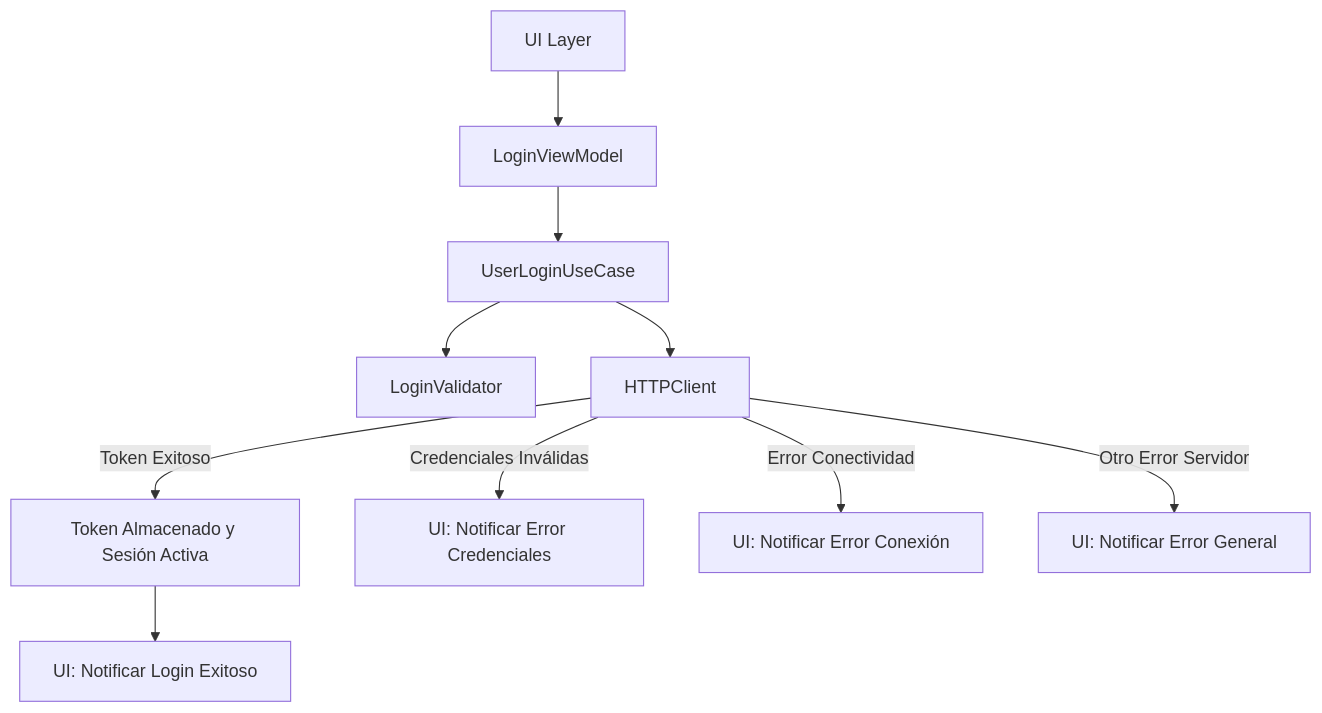
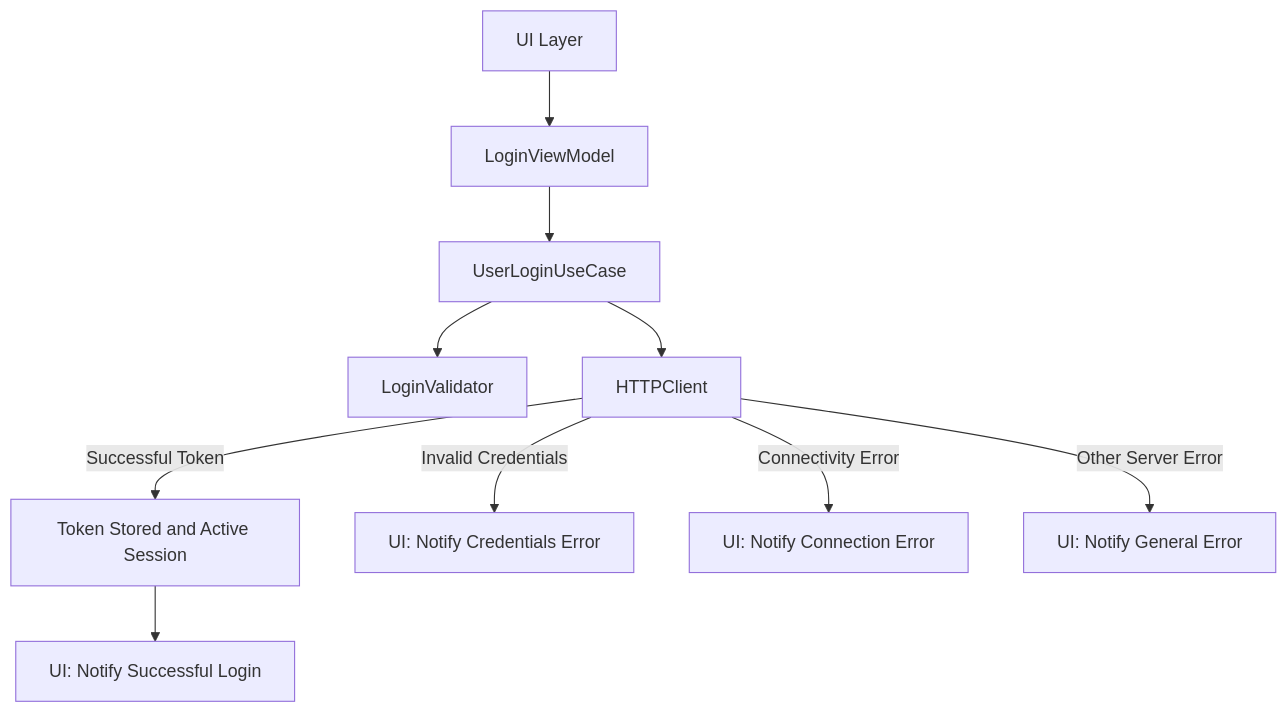
Before and after one commit to SwiftEnProfundidad/essential-feed-case-Auth: the third of 11 diagrams in docs/BDD-Security-Features.md, drawn with Mermaid. The commit also changed other lines of this file and 169 other files, not shown here.

````diff
--- a/docs/BDD-Security-Features.md
+++ b/docs/BDD-Security-Features.md
@@ -386,15 +389,15 @@
 ```mermaid
 flowchart TD
     A[UI Layer] --> B[LoginViewModel]
     B --> C[UserLoginUseCase]
     C --> D[LoginValidator]
     C --> E[HTTPClient]
     
-    E -- Token Exitoso --> F[Token Almacenado y Sesión Activa]
-    F --> G[UI: Notificar Login Exitoso]
+    E -- Successful Token --> F[Token Stored and Active Session]
+    F --> G[UI: Notify Successful Login]
 
-    E -- Credenciales Inválidas --> H[UI: Notificar Error Credenciales]
-    E -- Error Conectividad --> I[UI: Notificar Error Conexión]
-    E -- Otro Error Servidor --> J[UI: Notificar Error General]
+    E -- Invalid Credentials --> H[UI: Notify Credentials Error]
+    E -- Connectivity Error --> I[UI: Notify Connection Error]
+    E -- Other Server Error --> J[UI: Notify General Error]
 
 ``` 
````
